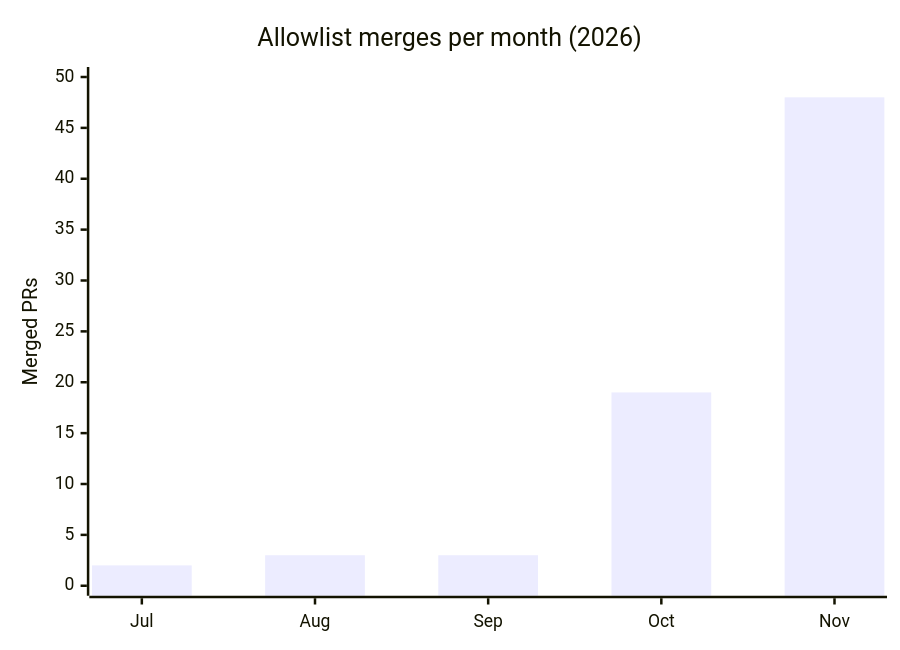
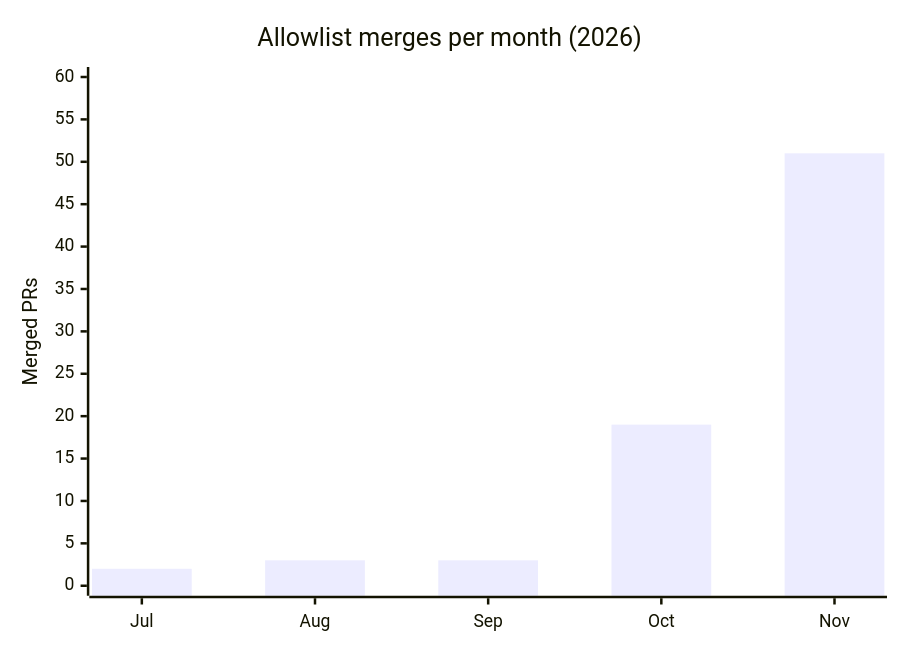
One commit to mangeshraut712/mangeshraut712 changed the second of 2 diagrams in README.md. Above: the diagram before and after it, drawn with Mermaid. The commit also changed other lines of this file and 1 other file, not shown here.

````diff
--- a/README.md
+++ b/README.md
@@ -321,7 +321,7 @@
 ```mermaid
 xychart-beta
   title "Allowlist merges per month (2026)"
   x-axis [Jul, Aug, Sep, Oct, Nov]
-  y-axis "Merged PRs" 0 --> 50
-  bar [2, 3, 3, 19, 48]
+  y-axis "Merged PRs" 0 --> 60
+  bar [2, 3, 3, 19, 51]
 ```
````
